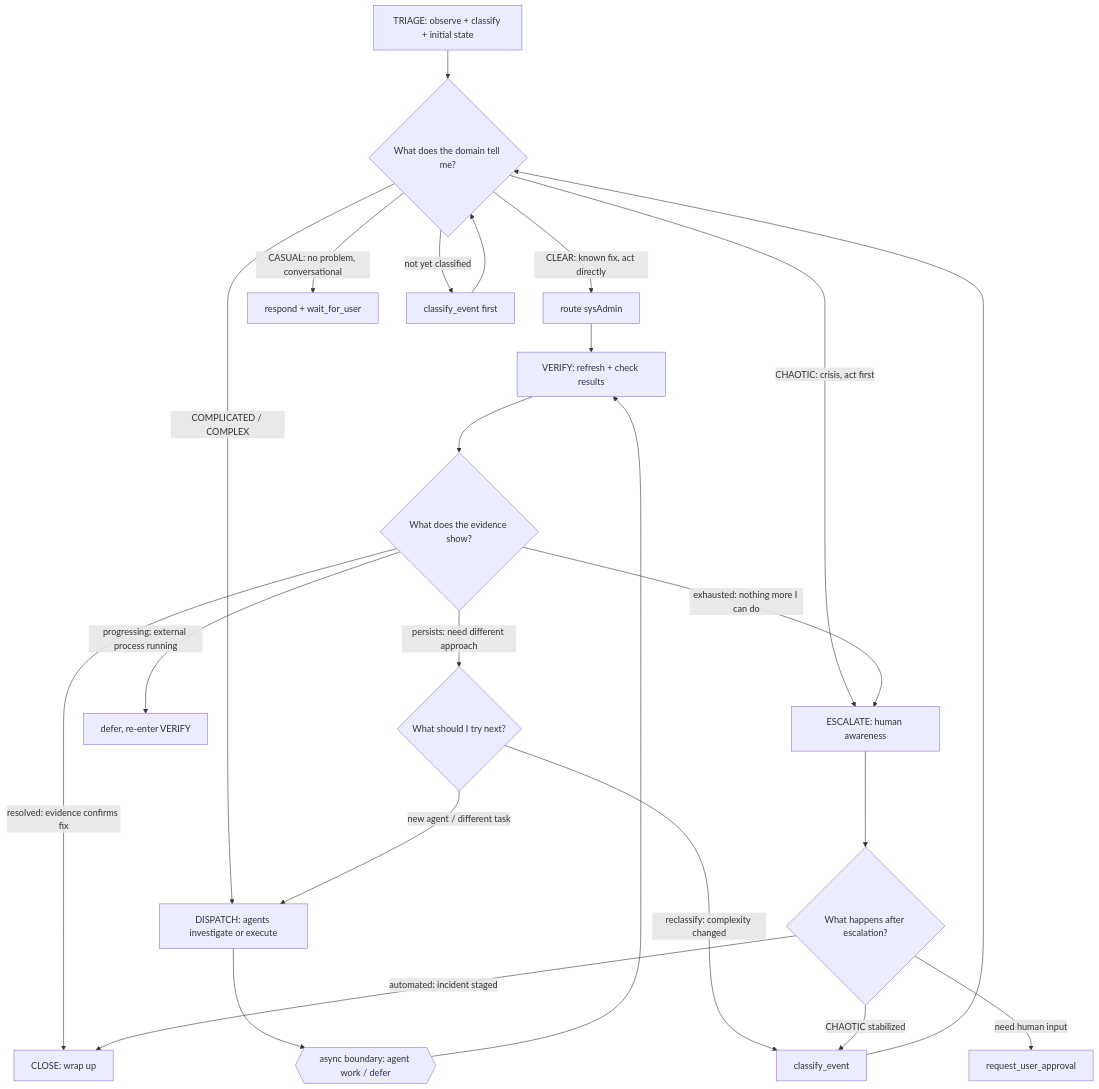
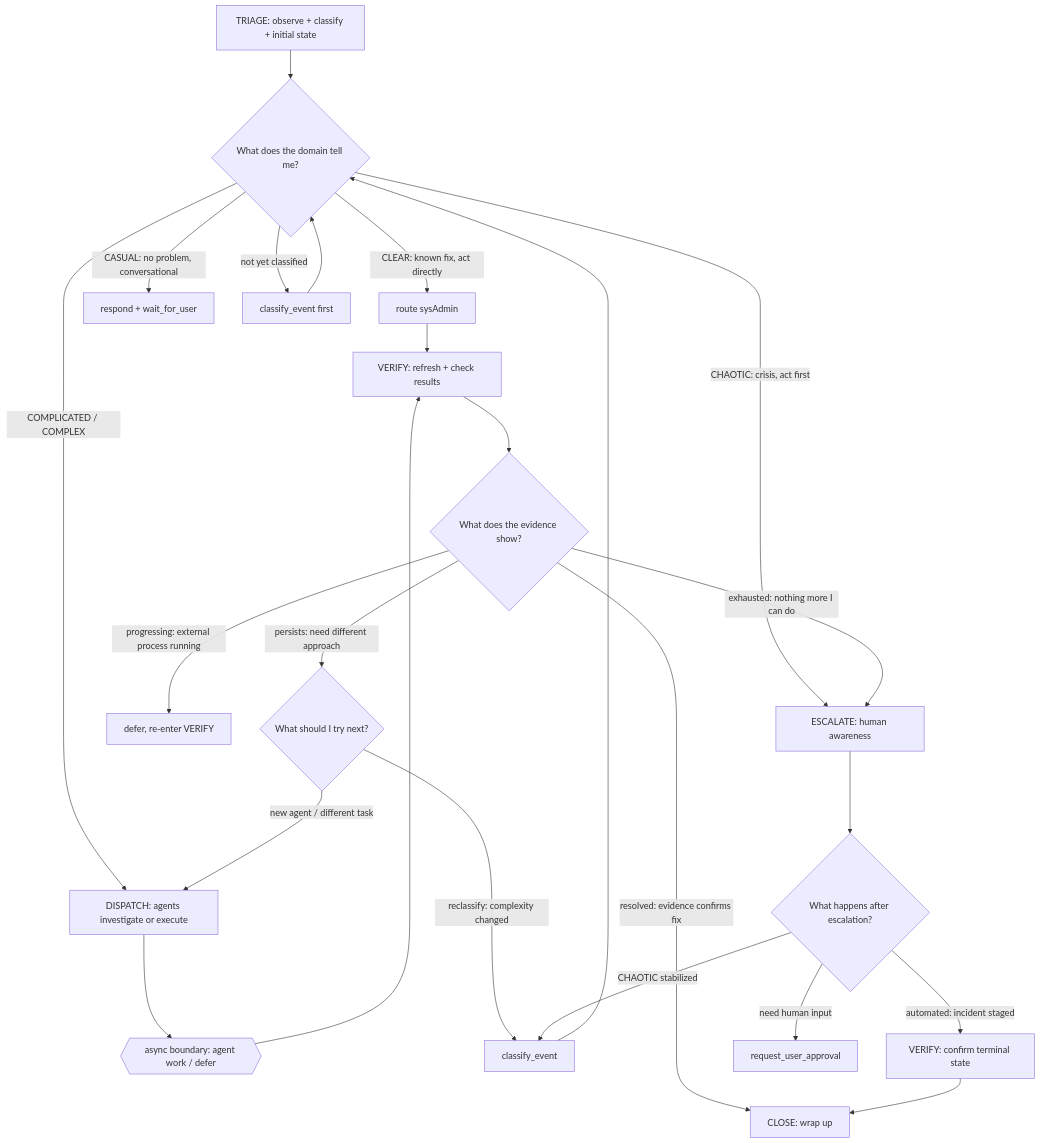
One commit to The-Darwin-Project/Blackboard changed the first of 5 diagrams in src/agents/brain_skills/always/09-phase-lifecycle.md. Above: the diagram before and after it, drawn with Mermaid. The commit also changed other lines of this file, not shown here.

First line of the commit message:
docs(skills): fix 09-phase-lifecycle.md diagram contradiction with incident-tracking.md

````diff
--- a/src/agents/brain_skills/always/09-phase-lifecycle.md
+++ b/src/agents/brain_skills/always/09-phase-lifecycle.md
@@ -29,40 +29,41 @@
 ```mermaid
 graph TD
     TRIAGE["TRIAGE: observe + classify + initial state"]
 
     TRIAGE --> ASSESS{"What does the domain tell me?"}
 
     ASSESS -->|"CLEAR: known fix, act directly"| CLEAR_SKIP["route sysAdmin"]
     CLEAR_SKIP --> VERIFY
     ASSESS -->|"COMPLICATED / COMPLEX"| DISPATCH
     ASSESS -->|"CHAOTIC: crisis, act first"| ESCALATE
     ASSESS -->|"CASUAL: no problem, conversational"| CASUAL_RESPOND["respond + wait_for_user"]
     ASSESS -->|"not yet classified"| CLASSIFY["classify_event first"]
     CLASSIFY --> ASSESS
 
     DISPATCH["DISPATCH: agents investigate or execute"]
 
     DISPATCH --> WAIT_ASYNC{{"async boundary: agent work / defer"}}
 
     WAIT_ASYNC --> VERIFY["VERIFY: refresh + check results"]
 
     VERIFY --> EVAL{"What does the evidence show?"}
 
     EVAL -->|"resolved: evidence confirms fix"| CLOSE
     EVAL -->|"progressing: external process running"| DEFER_WAIT["defer, re-enter VERIFY"]
     EVAL -->|"persists: need different approach"| RETHINK{"What should I try next?"}
     EVAL -->|"exhausted: nothing more I can do"| ESCALATE
 
     RETHINK -->|"new agent / different task"| DISPATCH
     RETHINK -->|"reclassify: complexity changed"| RECLASS["classify_event"]
     RECLASS --> ASSESS
 
     ESCALATE["ESCALATE: human awareness"]
     ESCALATE --> POST_ESC{"What happens after escalation?"}
 
-    POST_ESC -->|"automated: incident staged"| CLOSE
+    POST_ESC -->|"automated: incident staged"| VERIFY_ESC["VERIFY: confirm terminal state"]
+    VERIFY_ESC --> CLOSE
     POST_ESC -->|"need human input"| WAIT_HUMAN["request_user_approval"]
     POST_ESC -->|"CHAOTIC stabilized"| RECLASS
 
     CLOSE["CLOSE: wrap up"]
 ```
````
